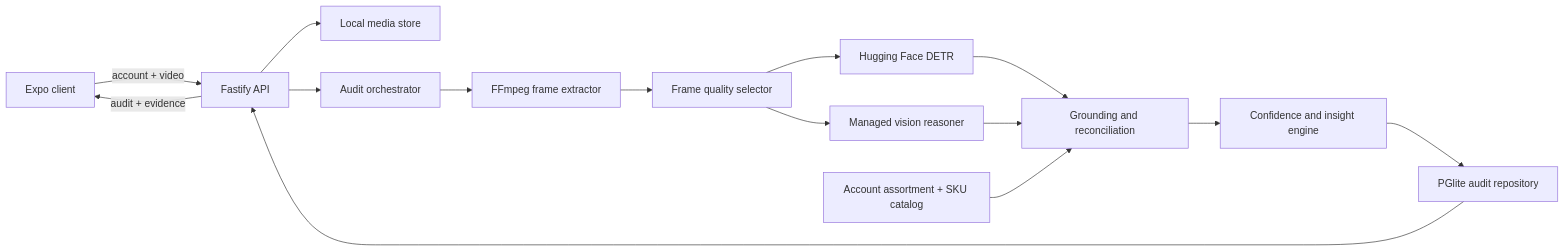
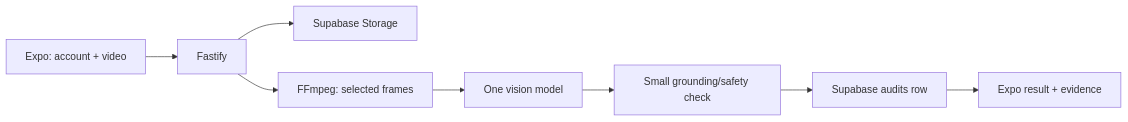
The diagram in docs/IMPLEMENTATION_PLAN.md (dhairyamishra/Computer-Vision-Store-Shelf-Scanner), drawn with Mermaid before and after one commit. The commit also changed other lines of this file, not shown here.

````diff
--- a/docs/IMPLEMENTATION_PLAN.md
+++ b/docs/IMPLEMENTATION_PLAN.md
@@ -128,17 +113,10 @@
 ```mermaid
 flowchart LR
-    A["Expo client"] -->|"account + video"| B["Fastify API"]
-    B --> C["Local media store"]
-    B --> D["Audit orchestrator"]
-    D --> E["FFmpeg frame extractor"]
-    E --> F["Frame quality selector"]
-    F --> G["Hugging Face DETR"]
-    F --> H["Managed vision reasoner"]
-    G --> I["Grounding and reconciliation"]
-    H --> I
-    J["Account assortment + SKU catalog"] --> I
-    I --> K["Confidence and insight engine"]
-    K --> L["PGlite audit repository"]
-    L --> B
-    B -->|"audit + evidence"| A
+  A["Expo: account + video"] --> B["Fastify"]
+  B --> C["Supabase Storage"]
+  B --> D["FFmpeg: selected frames"]
+  D --> E["One vision model"]
+  E --> F["Small grounding/safety check"]
+  F --> G["Supabase audits row"]
+  G --> H["Expo result + evidence"]
 ```
````
